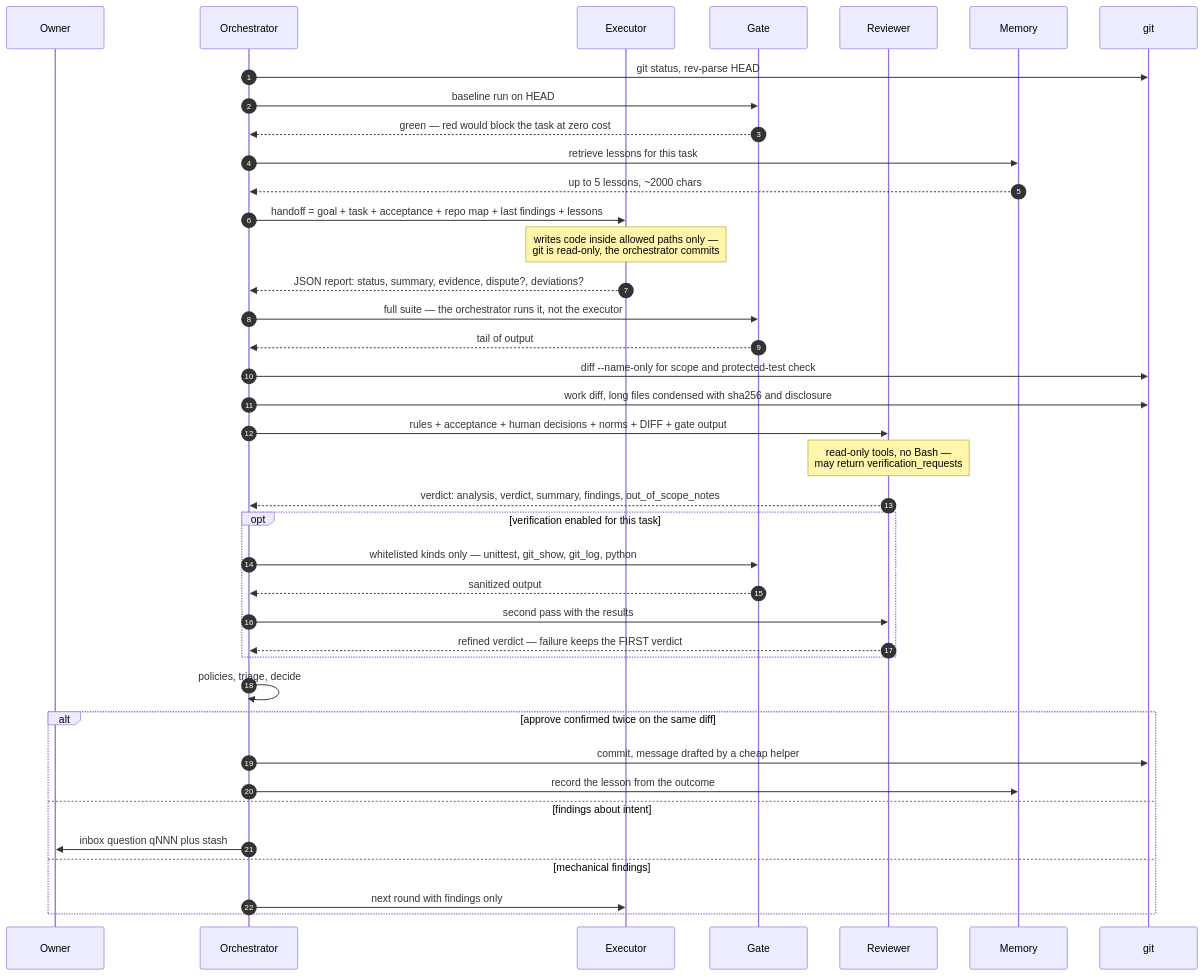
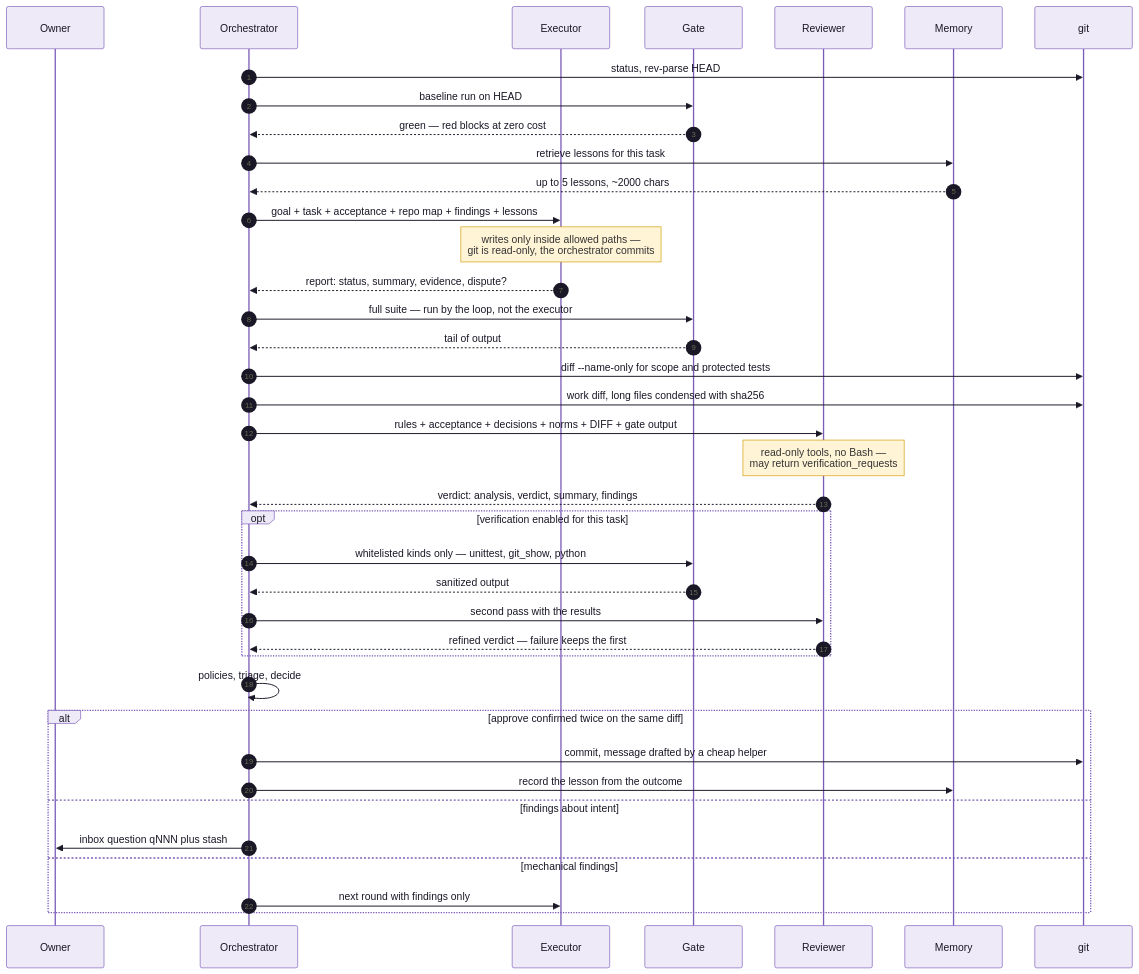
One commit to Orange-hanter/zairgrush changed the ninth of 16 diagrams in 11-architecture-diagrams.md. Above: the diagram before and after it, drawn with Mermaid. The commit also changed other lines of this file, not shown here.

````diff
--- a/11-architecture-diagrams.md
+++ b/11-architecture-diagrams.md
@@ -306,47 +392,48 @@
 ```mermaid
+%%{init:{"theme":"base","themeVariables":{"fontFamily":"ui-sans-serif,system-ui,-apple-system,Segoe UI,Roboto,sans-serif","fontSize":"14px","primaryColor":"#EFEAF8","primaryTextColor":"#1A1726","primaryBorderColor":"#7A5CB8","lineColor":"#9A93B0","actorBkg":"#EFEAF8","actorBorder":"#7A5CB8","noteBkgColor":"#FFF4D6","noteBorderColor":"#D19A00"}}}%%
 sequenceDiagram
     autonumber
     participant H as Owner
     participant O as Orchestrator
     participant E as Executor
     participant G as Gate
     participant R as Reviewer
     participant M as Memory
     participant Git as git
 
-    O->>Git: git status, rev-parse HEAD
+    O->>Git: status, rev-parse HEAD
     O->>G: baseline run on HEAD
-    G-->>O: green — red would block the task at zero cost
+    G-->>O: green — red blocks at zero cost
 
     O->>M: retrieve lessons for this task
     M-->>O: up to 5 lessons, ~2000 chars
-    O->>E: handoff = goal + task + acceptance + repo map + last findings + lessons
-    Note over E: writes code inside allowed paths only —<br/>git is read-only, the orchestrator commits
-    E-->>O: JSON report: status, summary, evidence, dispute?, deviations?
+    O->>E: goal + task + acceptance + repo map + findings + lessons
+    Note over E: writes only inside allowed paths —<br/>git is read-only, the orchestrator commits
+    E-->>O: report: status, summary, evidence, dispute?
 
-    O->>G: full suite — the orchestrator runs it, not the executor
+    O->>G: full suite — run by the loop, not the executor
     G-->>O: tail of output
-    O->>Git: diff --name-only for scope and protected-test check
-    O->>Git: work diff, long files condensed with sha256 and disclosure
+    O->>Git: diff --name-only for scope and protected tests
+    O->>Git: work diff, long files condensed with sha256
 
-    O->>R: rules + acceptance + human decisions + norms + DIFF + gate output
+    O->>R: rules + acceptance + decisions + norms + DIFF + gate output
     Note over R: read-only tools, no Bash —<br/>may return verification_requests
-    R-->>O: verdict: analysis, verdict, summary, findings, out_of_scope_notes
+    R-->>O: verdict: analysis, verdict, summary, findings
 
     opt verification enabled for this task
-        O->>G: whitelisted kinds only — unittest, git_show, git_log, python
+        O->>G: whitelisted kinds only — unittest, git_show, python
         G-->>O: sanitized output
         O->>R: second pass with the results
-        R-->>O: refined verdict — failure keeps the FIRST verdict
+        R-->>O: refined verdict — failure keeps the first
     end
 
     O->>O: policies, triage, decide
     alt approve confirmed twice on the same diff
         O->>Git: commit, message drafted by a cheap helper
         O->>M: record the lesson from the outcome
     else findings about intent
         O->>H: inbox question qNNN plus stash
     else mechanical findings
         O->>E: next round with findings only
     end
 ```
````
